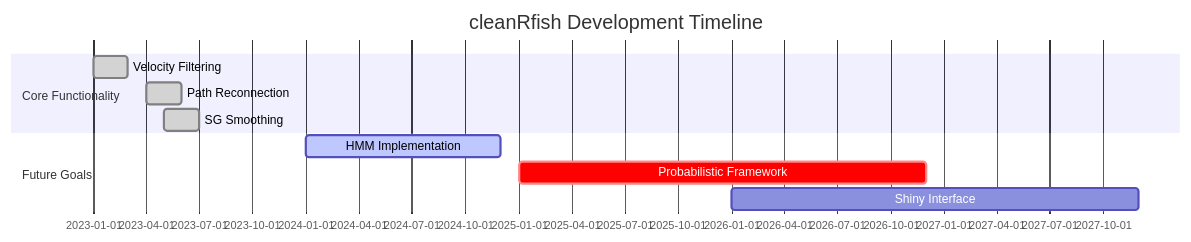
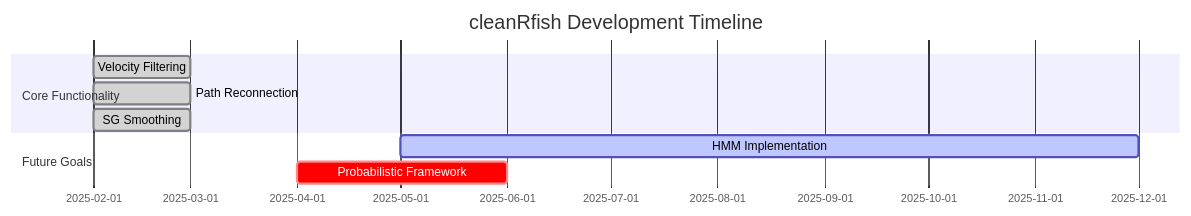
One commit to JLManera/cleanRfish changed the diagram in README.md. Above: the diagram before and after it, drawn with Mermaid. The commit also changed other lines of this file, not shown here.

````diff
--- a/README.md
+++ b/README.md
@@ -101,14 +89,13 @@
 ```mermaid
 gantt
     title cleanRfish Development Timeline
     dateFormat  YYYY-MM
     section Core Functionality
-    Velocity Filtering       :done, des1, 2023-01, 2023-03
-    Path Reconnection        :done, des2, 2023-04, 2023-06
-    SG Smoothing             :done, des3, 2023-05, 2023-07
+    Velocity Filtering       :done, des1, 2025-02, 2025-03
+    Path Reconnection        :done, des2, 2025-02, 2025-03
+    SG Smoothing             :done, des3, 2025-02, 2025-03
     
     section Future Goals
-    HMM Implementation      :active, 2024-01, 2024-12
-    Probabilistic Framework  :crit, 2025-01, 2026-12
-    Shiny Interface          :2026-01, 2027-12
+    HMM Implementation      :active, 2025-05, 2025-12
+    Probabilistic Framework  :crit, 2025-04, 2025-06
 ```
````
